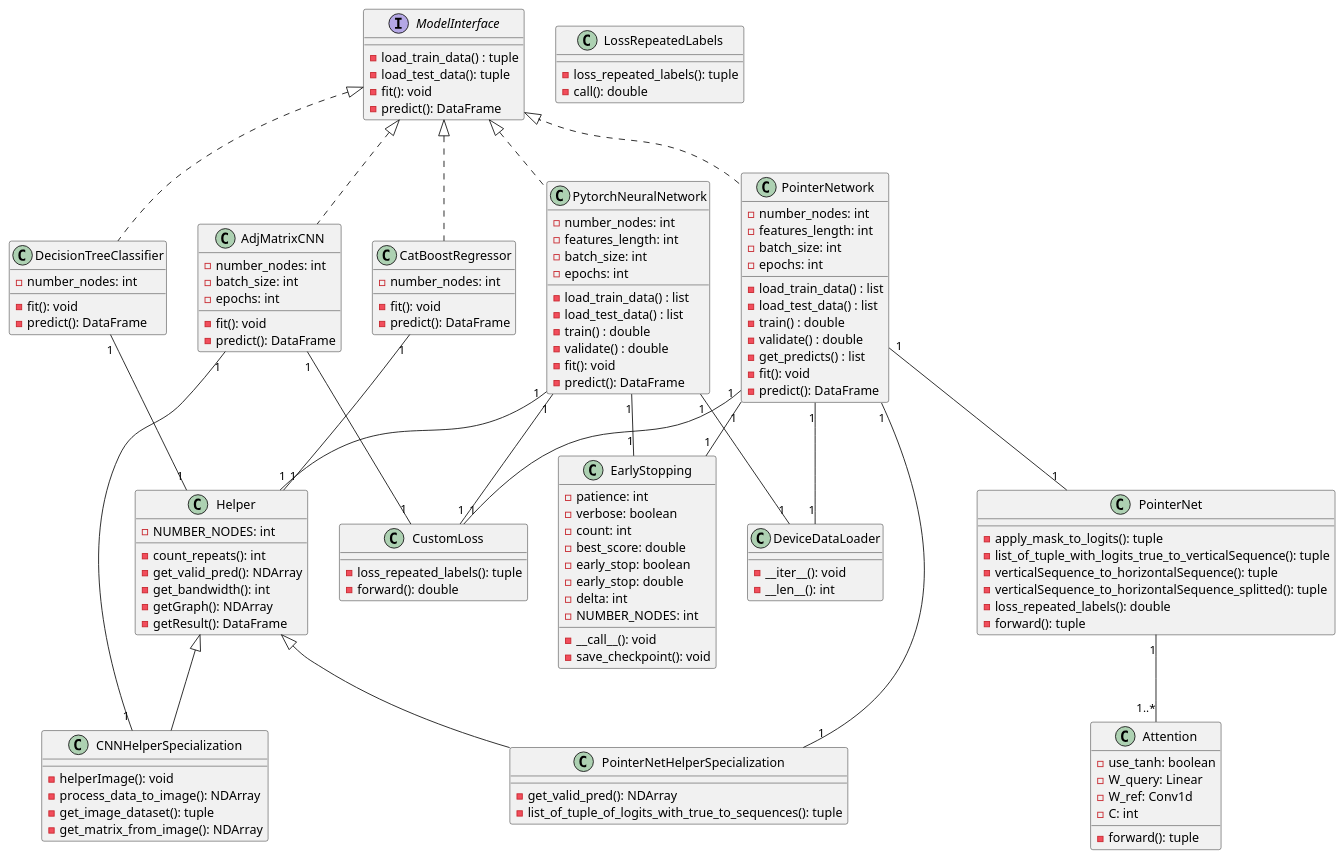
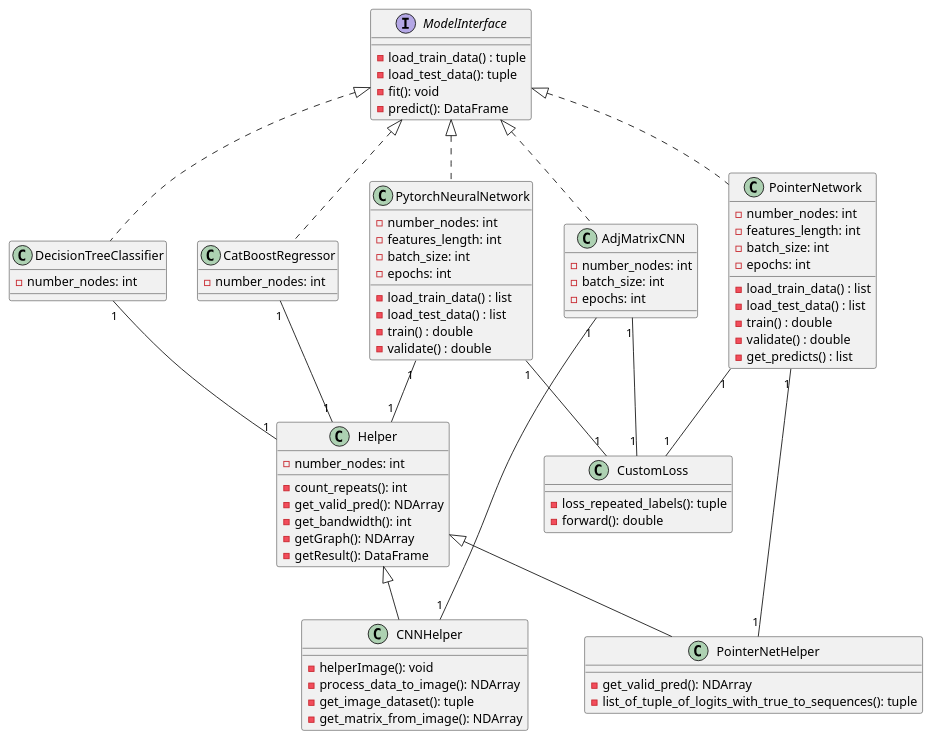
One commit to MLRG-CEFET-RJ/graph-structured-data changed the diagram in examples/bandwidth/Models/classesDiagram.puml. Above: the diagram before and after it, drawn with PlantUML.

Commit message:
UML Model

```diff
--- a/examples/bandwidth/Models/classesDiagram.puml
+++ b/examples/bandwidth/Models/classesDiagram.puml
@@ -1,150 +1,105 @@
 @startuml class
 
 interface ModelInterface {
   - load_train_data() : tuple
   - load_test_data(): tuple
   - fit(): void
   - predict(): DataFrame
 }
 
 class Helper {
-  - NUMBER_NODES: int
+  - number_nodes: int
 
   - count_repeats(): int
   - get_valid_pred(): NDArray
   - get_bandwidth(): int
   - getGraph(): NDArray
   - getResult(): DataFrame
 }
 
-class CNNHelperSpecialization extends Helper {
+class CNNHelper extends Helper {
   - helperImage(): void
   - process_data_to_image(): NDArray
   - get_image_dataset(): tuple
   - get_matrix_from_image(): NDArray
 }
 
-class PointerNetHelperSpecialization extends Helper {
+class PointerNetHelper extends Helper {
   - get_valid_pred(): NDArray
   - list_of_tuple_of_logits_with_true_to_sequences(): tuple
 }
 
-class DeviceDataLoader {
-  - __iter__(): void
-  - __len__(): int
-}
+' class EarlyStopping {
+'   - patience: int
+'   - verbose: boolean
+'   - count: int
+'   - best_score: double
+'   - early_stop: boolean
+'   - early_stop: double
+'   - delta: int
+'   - NUMBER_NODES: int
 
-class EarlyStopping {
-  - patience: int
-  - verbose: boolean
-  - count: int
-  - best_score: double
-  - early_stop: boolean
-  - early_stop: double
-  - delta: int
-  - NUMBER_NODES: int
-
-  - __call__(): void
-  - save_checkpoint(): void
-}
-
-class Attention {
-  - use_tanh: boolean
-  - W_query: Linear
-  - W_ref: Conv1d
-  - C: int
-
-  - forward(): tuple
-}
-
-class PointerNet {
-  - apply_mask_to_logits(): tuple
-  - list_of_tuple_with_logits_true_to_verticalSequence(): tuple
-  - verticalSequence_to_horizontalSequence(): tuple
-  - verticalSequence_to_horizontalSequence_splitted(): tuple
-  - loss_repeated_labels(): double
-  - forward(): tuple
-}
-
-
-class LossRepeatedLabels {
-  - loss_repeated_labels(): tuple
-  - call(): double
-}
+'   - __call__(): void
+'   - save_checkpoint(): void
+' }
 
 class CustomLoss {
   - loss_repeated_labels(): tuple
   - forward(): double
 }
 
 class DecisionTreeClassifier implements ModelInterface {
   - number_nodes: int
-
-  - fit(): void
-  - predict(): DataFrame
 }
 
 class CatBoostRegressor implements ModelInterface {
   - number_nodes: int
-
-  - fit(): void
-  - predict(): DataFrame
 }
 
 class AdjMatrixCNN implements ModelInterface {
   - number_nodes: int
   - batch_size: int
   - epochs: int
-  - fit(): void
-  - predict(): DataFrame
 }
 
 class PytorchNeuralNetwork implements ModelInterface {
   - number_nodes: int
   - features_length: int
   - batch_size: int
   - epochs: int
 
   - load_train_data() : list
   - load_test_data() : list
   - train() : double
   - validate() : double
-  - fit(): void
-  - predict(): DataFrame
 }
 
 class PointerNetwork implements ModelInterface {
   - number_nodes: int
   - features_length: int
   - batch_size: int
   - epochs: int
 
   - load_train_data() : list
   - load_test_data() : list
   - train() : double
   - validate() : double
   - get_predicts() : list
-  - fit(): void
-  - predict(): DataFrame
 }
 
 DecisionTreeClassifier "1" -- "1" Helper
 
 CatBoostRegressor "1" -- "1" Helper
 
-AdjMatrixCNN "1" -- "1" CNNHelperSpecialization
+AdjMatrixCNN "1" -- "1" CNNHelper
 AdjMatrixCNN "1" -- "1" CustomLoss
 
 PytorchNeuralNetwork "1" -- "1" Helper
 PytorchNeuralNetwork "1" -- "1" CustomLoss
-PytorchNeuralNetwork "1" -- "1" EarlyStopping
-PytorchNeuralNetwork "1" -- "1" DeviceDataLoader
+' PytorchNeuralNetwork "1" -- "1" EarlyStopping
 
-PointerNetwork "1" -- "1" PointerNetHelperSpecialization
-PointerNetwork "1" -- "1" EarlyStopping
-PointerNetwork "1" -- "1" DeviceDataLoader
-PointerNetwork "1" -- "1" PointerNet
+PointerNetwork "1" -- "1" PointerNetHelper
+' PointerNetwork "1" -- "1" EarlyStopping
 PointerNetwork "1" -- "1" CustomLoss
-PointerNet "1" -- "1..*" Attention
 
 @enduml
```
